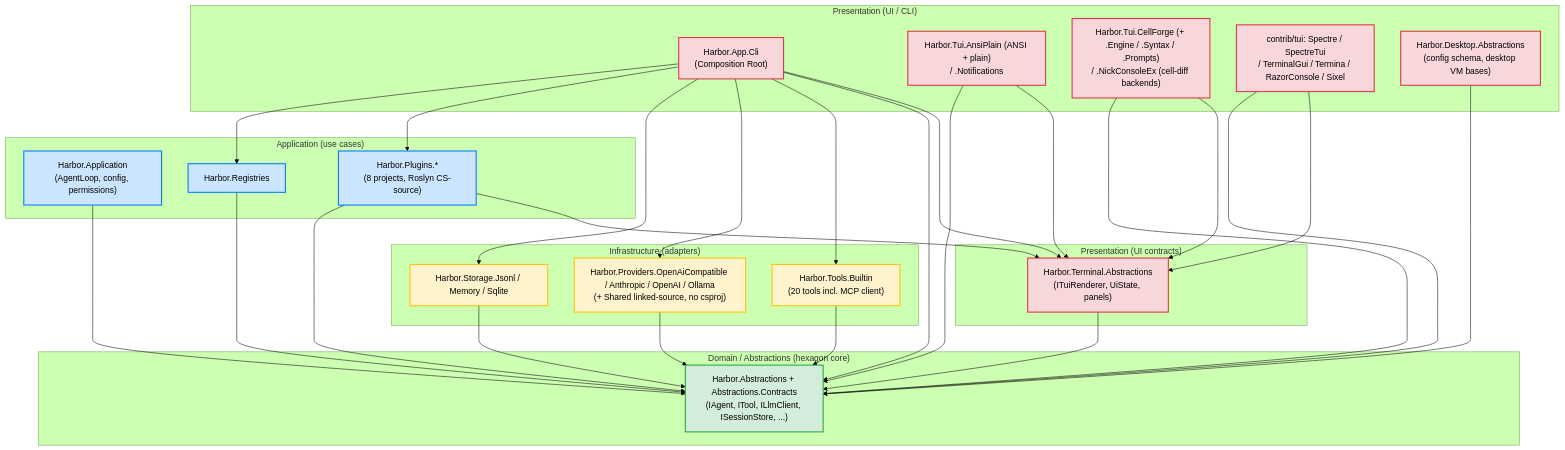
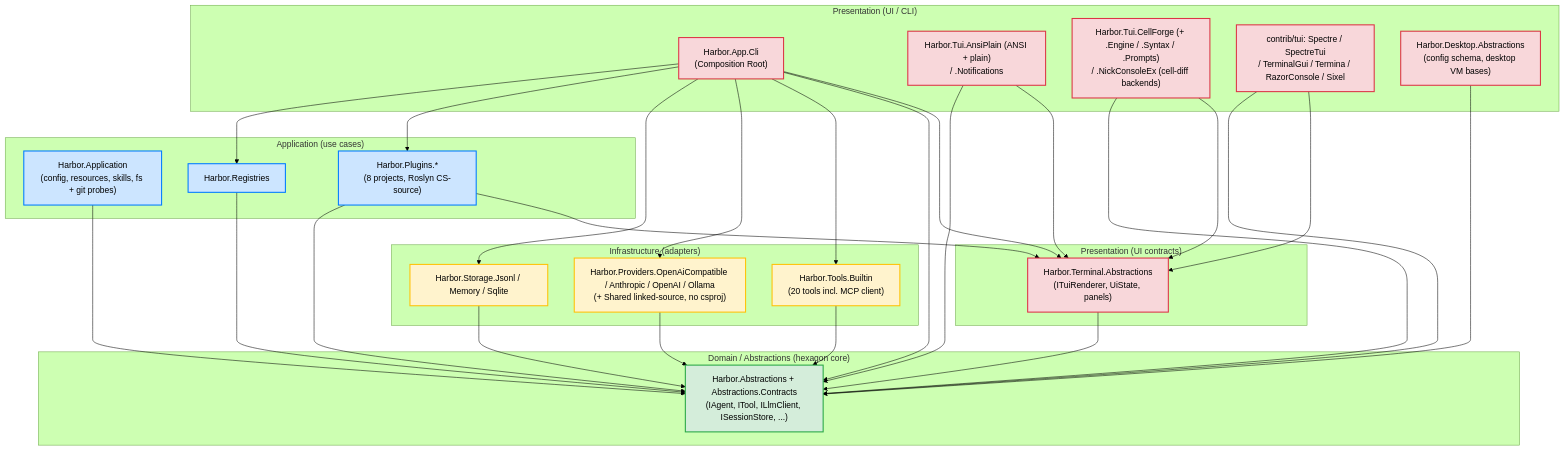
The diagram in docs/ARCHITECTURE_LAYERS.md (refusedguy/Harbor-Harness), drawn with Mermaid (forest theme) before and after one commit. The commit also changed other lines of this file and 7 other files, not shown here.

First line of the commit message:
docs(#1608): record the Harbor.Application split decision (variant A)

````diff
--- a/docs/ARCHITECTURE_LAYERS.md
+++ b/docs/ARCHITECTURE_LAYERS.md
@@ -297,68 +317,68 @@
 ```mermaid
 flowchart TB
     subgraph Pres["Presentation (UI / CLI)"]
         Cli["Harbor.App.Cli<br/>(Composition Root)"]
         TuiAnsi["Harbor.Tui.AnsiPlain (ANSI + plain)<br/>/ .Notifications"]
         TuiConsoleEx["Harbor.Tui.CellForge (+ .Engine / .Syntax / .Prompts)<br/>/ .NickConsoleEx (cell-diff backends)"]
         TuiContrib["contrib/tui: Spectre / SpectreTui<br/>/ TerminalGui / Termina / RazorConsole / Sixel"]
         DesktopAbs["Harbor.Desktop.Abstractions<br/>(config schema, desktop VM bases)"]
     end
 
     subgraph App["Application (use cases)"]
-        AppLayer["Harbor.Application<br/>(AgentLoop, config, permissions)"]
+        AppLayer["Harbor.Application<br/>(config, resources, skills, fs + git probes)"]
         Core["Harbor.Registries"]
         Plugins["Harbor.Plugins.*<br/>(8 projects, Roslyn CS-source)"]
     end
 
     subgraph Infra["Infrastructure (adapters)"]
         Storage["Harbor.Storage.Jsonl / Memory / Sqlite"]
         Providers["Harbor.Providers.OpenAiCompatible / Anthropic / OpenAI / Ollama<br/>(+ Shared linked-source, no csproj)"]
         Tools["Harbor.Tools.Builtin<br/>(20 tools incl. MCP client)"]
     end
 
     subgraph Domain["Domain / Abstractions (hexagon core)"]
         Abs["Harbor.Abstractions + Abstractions.Contracts<br/>(IAgent, ITool, ILlmClient, ISessionStore, ...)"]
     end
 
     subgraph UiPres["Presentation (UI contracts)"]
         TuiAbs["Harbor.Terminal.Abstractions<br/>(ITuiRenderer, UiState, panels)"]
     end
 
     Cli --> Core
     Cli --> Plugins
     Cli --> Storage
     Cli --> Providers
     Cli --> Tools
     Cli --> Abs
     Cli --> TuiAbs
 
     DesktopAbs --> Abs
 
     TuiAnsi --> Abs
     TuiAnsi --> TuiAbs
     TuiConsoleEx --> Abs
     TuiConsoleEx --> TuiAbs
     TuiContrib --> Abs
     TuiContrib --> TuiAbs
 
     AppLayer --> Abs
     Core --> Abs
     Plugins --> Abs
     Plugins --> TuiAbs
 
     Storage --> Abs
     Providers --> Abs
     Tools --> Abs
 
     TuiAbs --> Abs
 
     classDef domain fill:#d4edda,stroke:#28a745,stroke-width:2px
     classDef app fill:#cce5ff,stroke:#007bff,stroke-width:2px
     classDef infra fill:#fff3cd,stroke:#ffc107,stroke-width:2px
     classDef pres fill:#f8d7da,stroke:#dc3545,stroke-width:2px
 
     class Abs domain
     class AppLayer,Core,Plugins app
     class Storage,Providers,Tools infra
     class Cli,TuiAnsi,TuiConsoleEx,TuiContrib,DesktopAbs,TuiAbs pres
 ```
````
